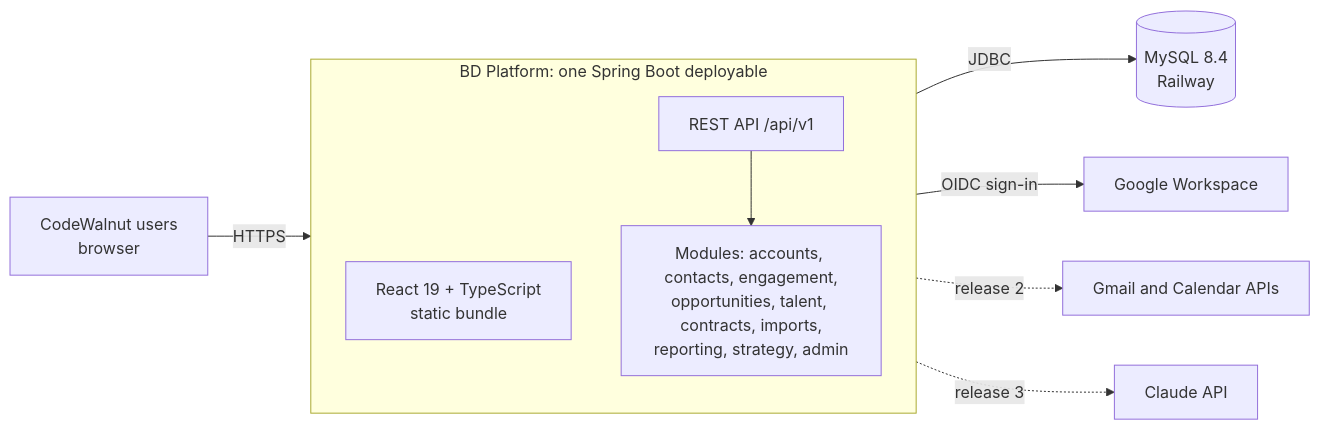
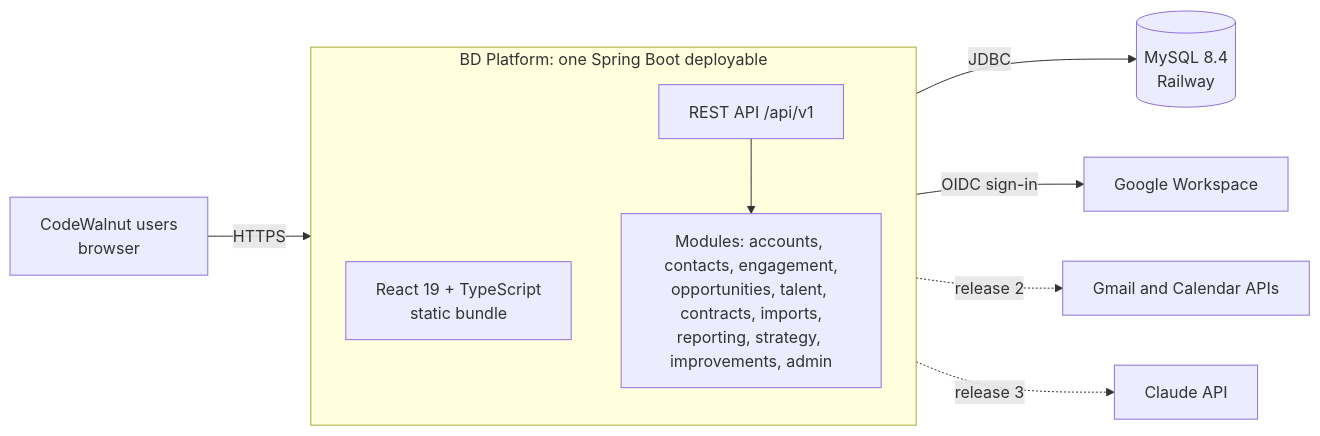
The diagram in docs/architecture/overview.md (achalla-ramakrishna/bd-platform), drawn with Mermaid before and after one commit. The commit also changed other lines of this file and 11 other files, not shown here.

````diff
--- a/docs/architecture/overview.md
+++ b/docs/architecture/overview.md
@@ -11,14 +11,14 @@
 ```mermaid
 flowchart LR
     U[CodeWalnut users<br/>browser] -->|HTTPS| APP
     subgraph APP[BD Platform: one Spring Boot deployable]
         UI[React 19 + TypeScript<br/>static bundle]
         API[REST API /api/v1]
-        MODS[Modules: accounts, contacts, engagement,<br/>opportunities, talent, contracts, imports,<br/>reporting, strategy, admin]
+        MODS[Modules: accounts, contacts, engagement,<br/>opportunities, talent, contracts, imports,<br/>reporting, strategy, improvements, admin]
         API --> MODS
     end
     APP -->|JDBC| DB[(MySQL 8.4<br/>Railway)]
     APP -->|OIDC sign-in| G[Google Workspace]
     APP -.->|release 2| GM[Gmail and Calendar APIs]
     APP -.->|release 3| AI[Claude API]
 ```
````
